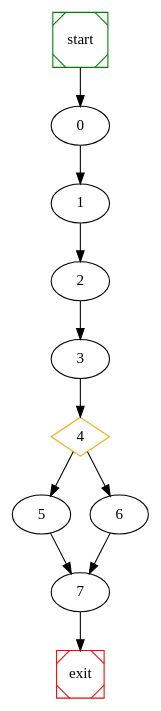
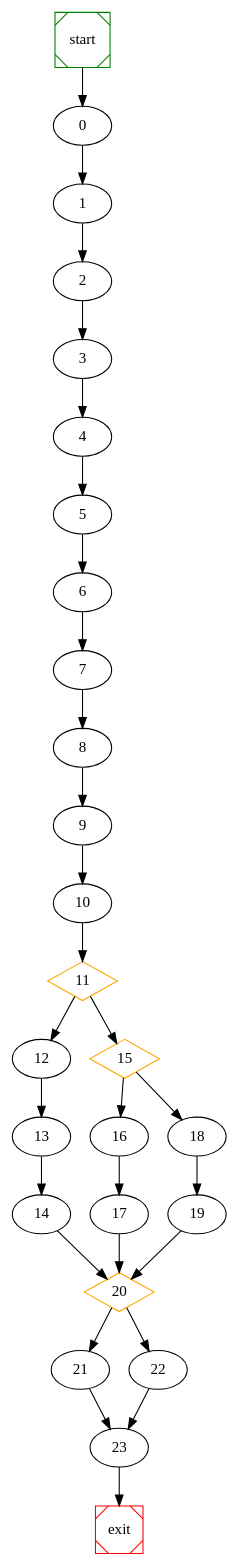
Before and after one commit to NabeelQaiser/BTP_2k18-19: the diagram in cnf/raw_graph.dot, drawn with Graphviz. The commit also changed 6 other files, not shown here.

```diff
--- a/cnf/raw_graph.dot
+++ b/cnf/raw_graph.dot
@@ -1,18 +1,38 @@
 # dot file created at runtime
 
 digraph G {
 	start -> 0;
 	0 -> 1 ;
 	1 -> 2 ;
 	2 -> 3 ;
-	4 [shape=diamond, color=orange] ;
+	3 -> 4 ;
 	4 -> 5 ;
-	4 -> 6 ;
-	3 -> 4 ;
+	5 -> 6 ;
 	6 -> 7 ;
-	5 -> 7 ;
-	7 -> exit;
+	7 -> 8 ;
+	8 -> 9 ;
+	9 -> 10 ;
+	11 [shape=diamond, color=orange] ;
+	12 -> 13 ;
+	13 -> 14 ;
+	11 -> 12 ;
+	15 [shape=diamond, color=orange] ;
+	11 -> 15 ;
+	16 -> 17 ;
+	15 -> 16 ;
+	18 -> 19 ;
+	15 -> 18 ;
+	10 -> 11 ;
+	20 [shape=diamond, color=orange] ;
+	20 -> 21 ;
+	20 -> 22 ;
+	17 -> 20 ;
+	14 -> 20 ;
+	19 -> 20 ;
+	22 -> 23 ;
+	21 -> 23 ;
+	23 -> exit;
 
 	start [shape=Msquare, color=green];
 	exit [shape=Msquare, color=red];
 }
```
